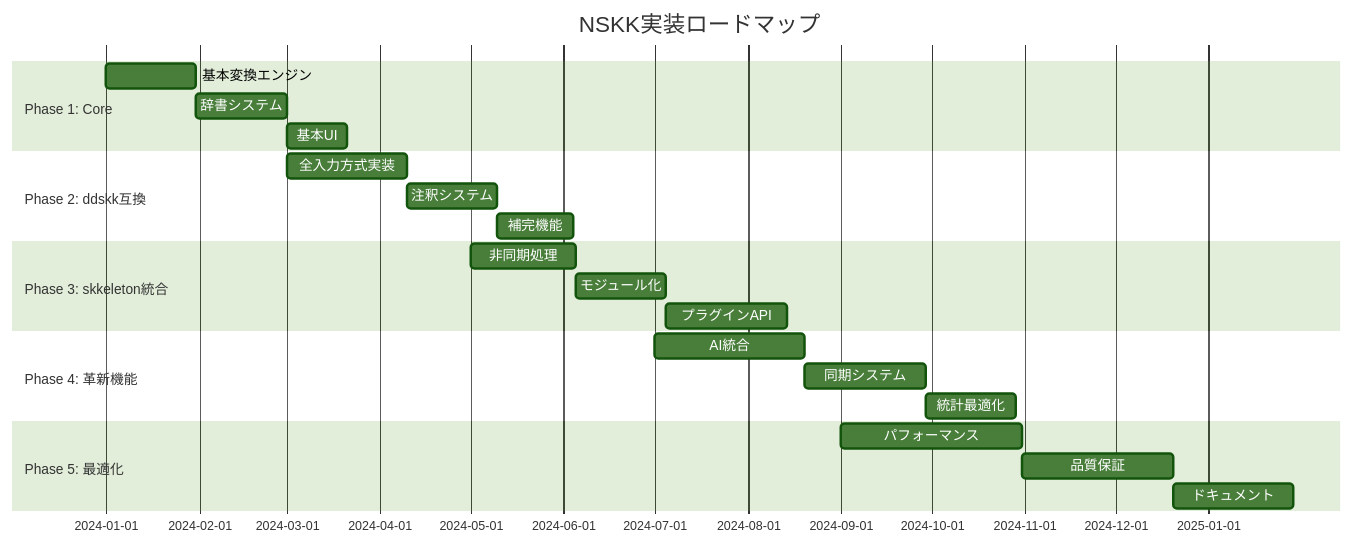
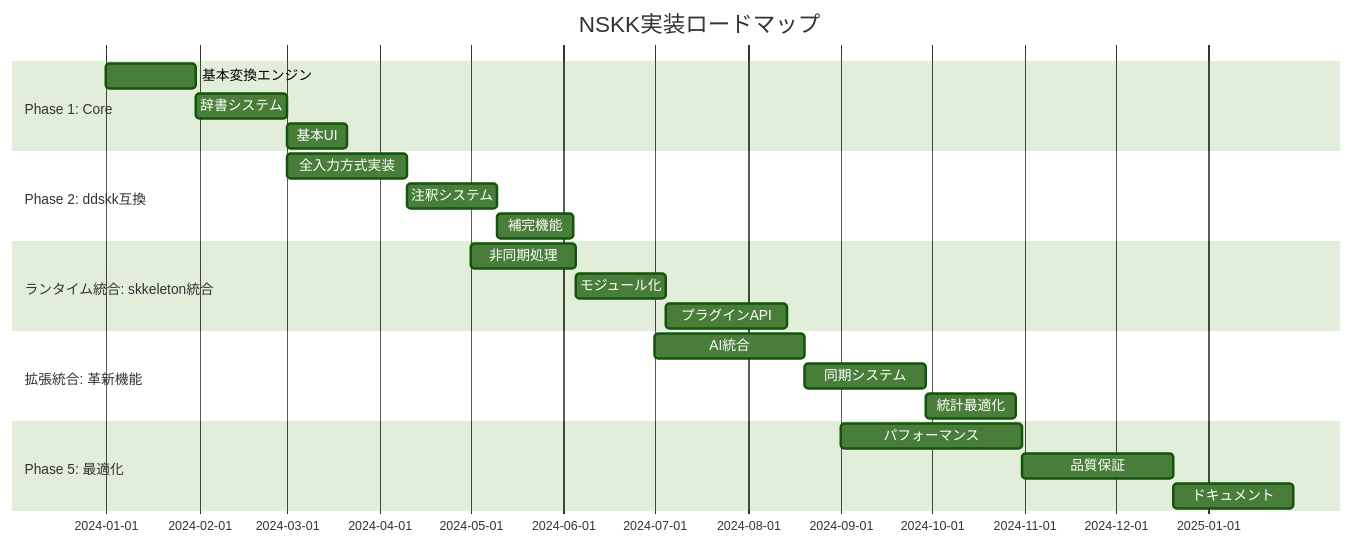
Before and after one commit to takeokunn/nskk.el: the seventh of 8 diagrams in docs/explanation/skk-comprehensive-feature-analysis.md, drawn with Mermaid (forest theme). The commit also changed 149 other files, not shown here.

````diff
--- a/docs/explanation/skk-comprehensive-feature-analysis.md
+++ b/docs/explanation/skk-comprehensive-feature-analysis.md
@@ -403,30 +403,30 @@
 ```mermaid
 gantt
     title NSKK実装ロードマップ
     dateFormat YYYY-MM-DD
 
     section Phase 1: Core
     基本変換エンジン :2024-01-01, 30d
     辞書システム :30d
     基本UI :20d
 
     section Phase 2: ddskk互換
     全入力方式実装 :2024-03-01, 40d
     注釈システム :30d
     補完機能 :25d
 
-    section Phase 3: skkeleton統合
+    section ランタイム統合: skkeleton統合
     非同期処理 :2024-05-01, 35d
     モジュール化 :30d
     プラグインAPI :40d
 
-    section Phase 4: 革新機能
+    section 拡張統合: 革新機能
     AI統合 :2024-07-01, 50d
     同期システム :40d
     統計最適化 :30d
 
     section Phase 5: 最適化
     パフォーマンス :2024-09-01, 60d
     品質保証 :50d
     ドキュメント :40d
 ```
````
